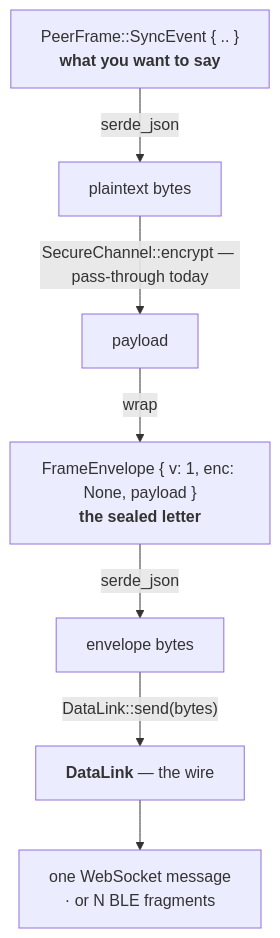
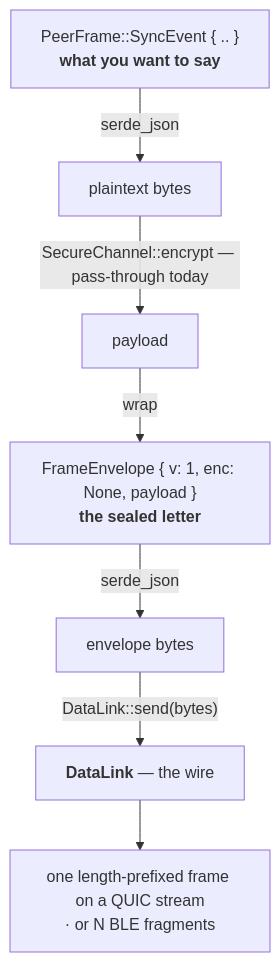
One commit to VRuzhentsov/fini changed the fourth of 4 diagrams in src-tauri/src/services/communication/README.md. Above: the diagram before and after it, drawn with Mermaid. The commit also changed other lines of this file and 59 other files, not shown here.

````diff
--- a/src-tauri/src/services/communication/README.md
+++ b/src-tauri/src/services/communication/README.md
@@ -185,10 +184,10 @@
 ```mermaid
 graph TD
     A["PeerFrame::SyncEvent { .. }<br/><b>what you want to say</b>"]
     A -->|serde_json| B["plaintext bytes"]
     B -->|"SecureChannel::encrypt — pass-through today"| C["payload"]
     C -->|wrap| D["FrameEnvelope { v: 1, enc: None, payload }<br/><b>the sealed letter</b>"]
     D -->|serde_json| E["envelope bytes"]
     E -->|"DataLink::send(bytes)"| F["<b>DataLink</b> — the wire"]
-    F --> G["one WebSocket message<br/>· or N BLE fragments"]
+    F --> G["one length-prefixed frame on a QUIC stream<br/>· or N BLE fragments"]
 ```
````
